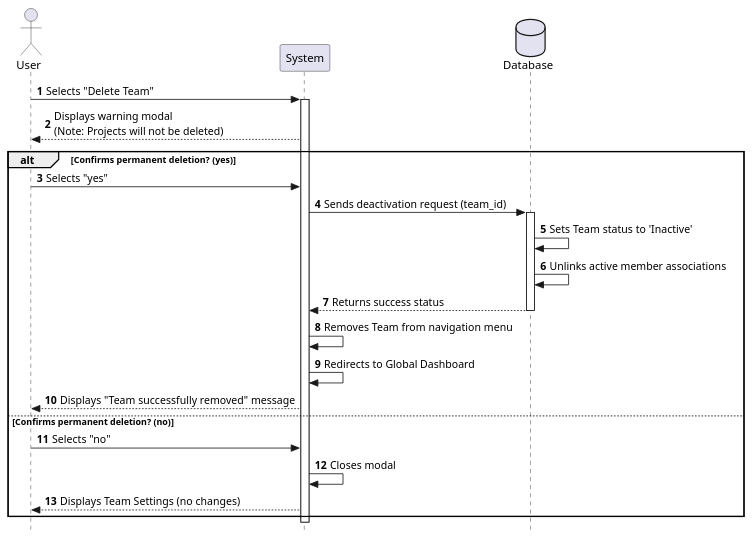
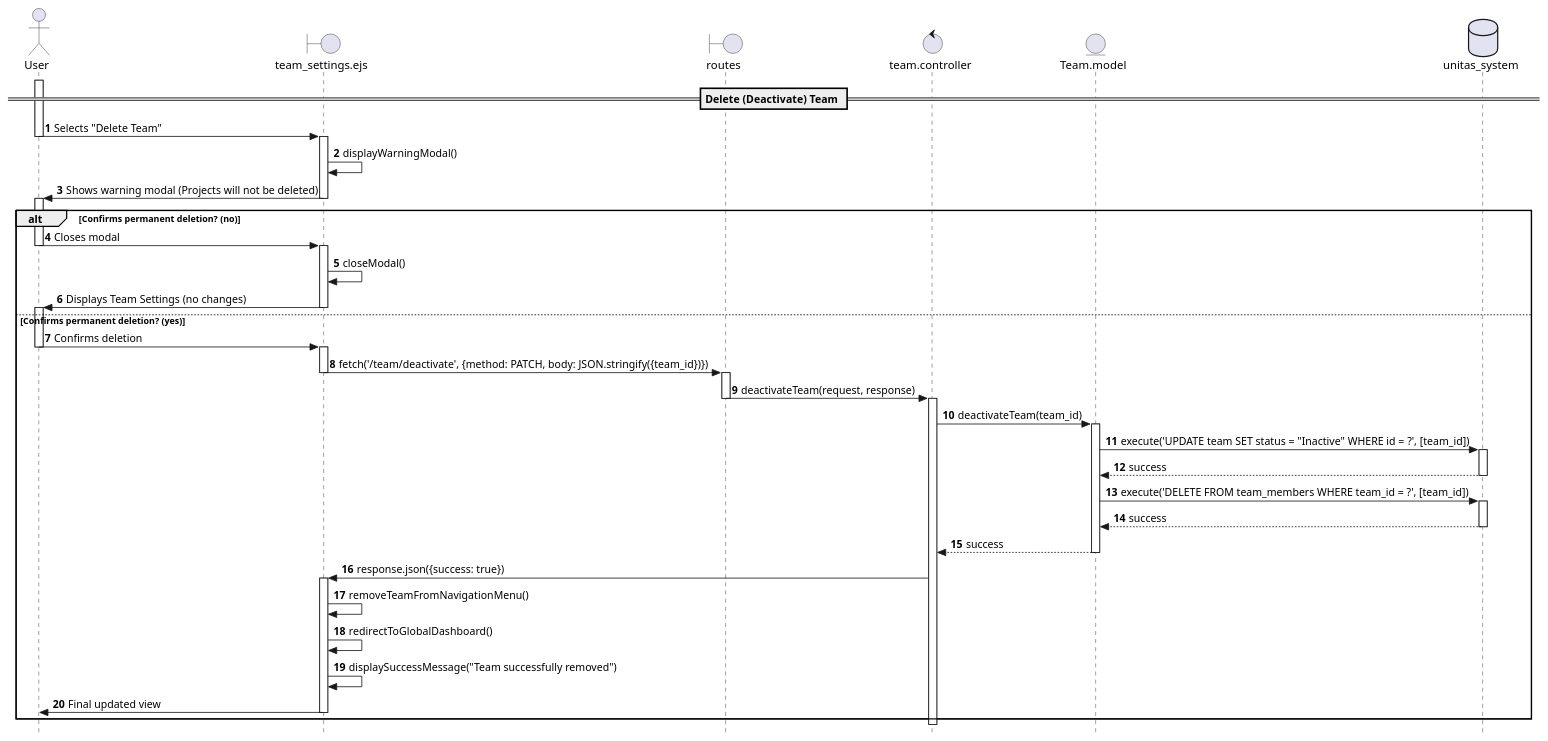
The diagram in documentation/sequence_diagrams/TEAM-03-SD.puml (Berthou05/LimboSoftwareDevelopment_Change.org), drawn with PlantUML before and after one commit. The commit also changed 19 other files, not shown here.

Commit message:
[CHORE] moved activity diagrams to sequence_diagrams folder

```diff
--- a/documentation/sequence_diagrams/TEAM-03-SD.puml
+++ b/documentation/sequence_diagrams/TEAM-03-SD.puml
@@ -1,35 +1,74 @@
 @startuml
+skinparam style strictuml
+
+actor User as U
+boundary "team_settings.ejs" as V
+boundary "routes" as RO
+control "team.controller" as C
+entity "Team.model" as M
+database "unitas_system" as BD
+
 autonumber
-skinparam Style strictuml
 
-actor User
-participant "System" as Sys
-database "Database" as DB
+== Delete (Deactivate) Team ==
 
-User -> Sys: Selects "Delete Team"
-activate Sys
+activate U
+U -> V: Selects "Delete Team"
+deactivate U
 
-Sys --> User: Displays warning modal\n(Note: Projects will not be deleted)
+activate V
+V -> V: displayWarningModal()
+V -> U: Shows warning modal (Projects will not be deleted)
+deactivate V
 
-alt Confirms permanent deletion? (yes)
-    User -> Sys: Selects "yes"
-    Sys -> DB: Sends deactivation request (team_id)
-    activate DB
+alt Confirms permanent deletion? (no)
+    activate U
+    U -> V: Closes modal
+    deactivate U
+    activate V
+    V -> V: closeModal()
+    V -> U: Displays Team Settings (no changes)
+    deactivate V
+
+else Confirms permanent deletion? (yes)
+    activate U
+    U -> V: Confirms deletion
+    deactivate U
     
-    DB -> DB: Sets Team status to 'Inactive'
-    DB -> DB: Unlinks active member associations
-    DB --> Sys: Returns success status
-    deactivate DB
+    activate V
+    V -> RO: fetch('/team/deactivate', {method: PATCH, body: JSON.stringify({team_id})})
+    deactivate V
+
+    activate RO
+    RO -> C: deactivateTeam(request, response)
+    deactivate RO
+
+    activate C
+    C -> M: deactivateTeam(team_id)
+    activate M
     
-    Sys -> Sys: Removes Team from navigation menu
-    Sys -> Sys: Redirects to Global Dashboard
-    Sys --> User: Displays "Team successfully removed" message
-    
-else Confirms permanent deletion? (no)
-    User -> Sys: Selects "no"
-    Sys -> Sys: Closes modal
-    Sys --> User: Displays Team Settings (no changes)
+    M -> BD: execute('UPDATE team SET status = "Inactive" WHERE id = ?', [team_id])
+    activate BD
+    BD --> M: success
+    deactivate BD
+
+    M -> BD: execute('DELETE FROM team_members WHERE team_id = ?', [team_id])
+    activate BD
+    BD --> M: success
+    deactivate BD
+
+    M --> C: success
+    deactivate M
+
+    C -> V: response.json({success: true})
+    activate V
+    V -> V: removeTeamFromNavigationMenu()
+    V -> V: redirectToGlobalDashboard()
+    V -> V: displaySuccessMessage("Team successfully removed")
+    V -> U: Final updated view
+    deactivate V
 end
 
-deactivate Sys
+deactivate C
+
 @enduml
```
